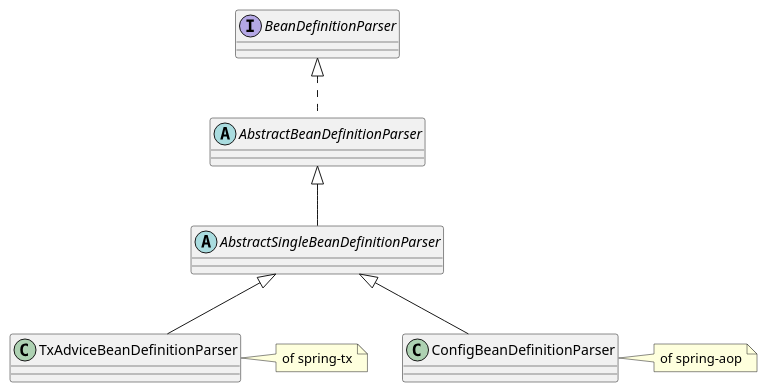
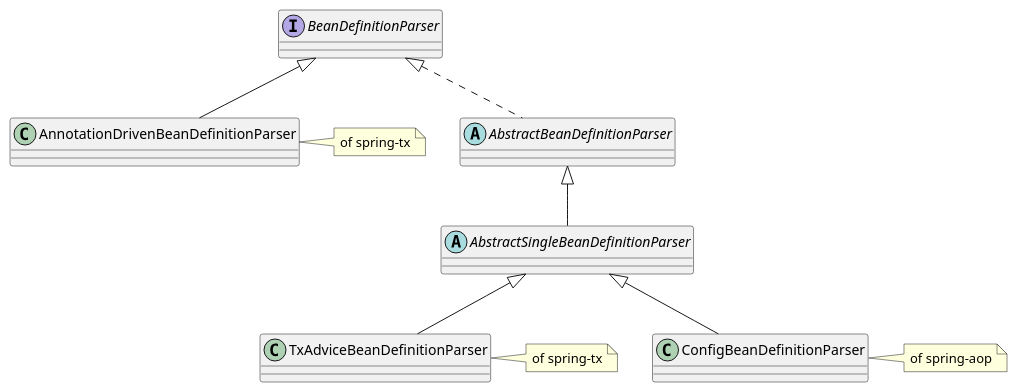
One commit to MoonChaserChen/Re0-Spring changed the diagram in docs/4、spring-beans/8. BeanDefinitionParser.md. Above: the diagram before and after it, drawn with PlantUML. The commit also changed other lines of this file and 13 other files, not shown here.

````diff
--- a/docs/4、spring-beans/8. BeanDefinitionParser.md
+++ b/docs/4、spring-beans/8. BeanDefinitionParser.md
@@ -32,12 +32,14 @@
 ```plantuml
 interface BeanDefinitionParser
 abstract AbstractBeanDefinitionParser
 abstract AbstractSingleBeanDefinitionParser
 
 BeanDefinitionParser <|.. AbstractBeanDefinitionParser
 AbstractBeanDefinitionParser <|-- AbstractSingleBeanDefinitionParser
 AbstractSingleBeanDefinitionParser <|-- TxAdviceBeanDefinitionParser
 note right: of spring-tx
+BeanDefinitionParser <|-- AnnotationDrivenBeanDefinitionParser
+note right: of spring-tx
 AbstractSingleBeanDefinitionParser <|-- ConfigBeanDefinitionParser
 note right: of spring-aop
 ```
````
